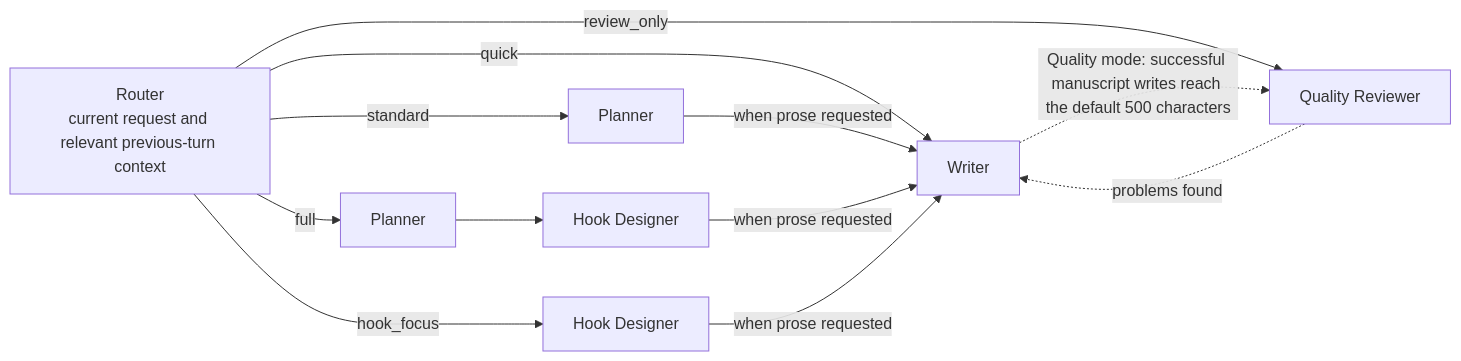
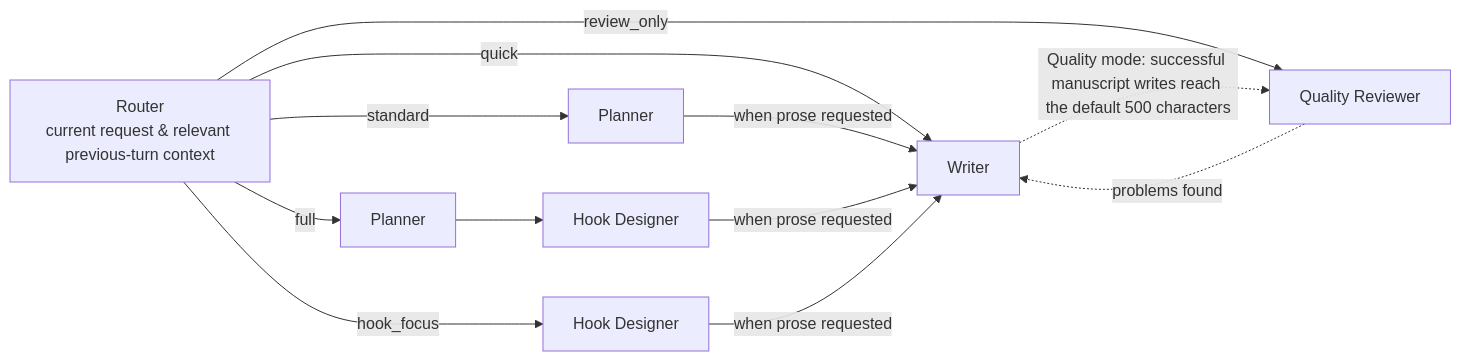
The diagram in README_EN.md (zenstory-ai/zenstory), drawn with Mermaid before and after one commit. The commit also changed other lines of this file and 3 other files, not shown here.

````diff
--- a/README_EN.md
+++ b/README_EN.md
@@ -66,10 +150,10 @@
 ```mermaid
 flowchart LR
-    R["Router<br/>current request and relevant previous-turn context"] -->|quick| W["Writer"]
+    R["Router<br/>current request & relevant previous-turn context"] -->|quick| W["Writer"]
     R -->|standard| P["Planner"] -->|when prose requested| W
     R -->|full| P2["Planner"] --> H["Hook Designer"] -->|when prose requested| W
     R -->|hook_focus| H2["Hook Designer"] -->|when prose requested| W
     R -->|review_only| Q["Quality Reviewer"]
     W -. Quality mode: successful manuscript writes reach the default 500 characters .-> Q
     Q -. problems found .-> W
 ```
````
